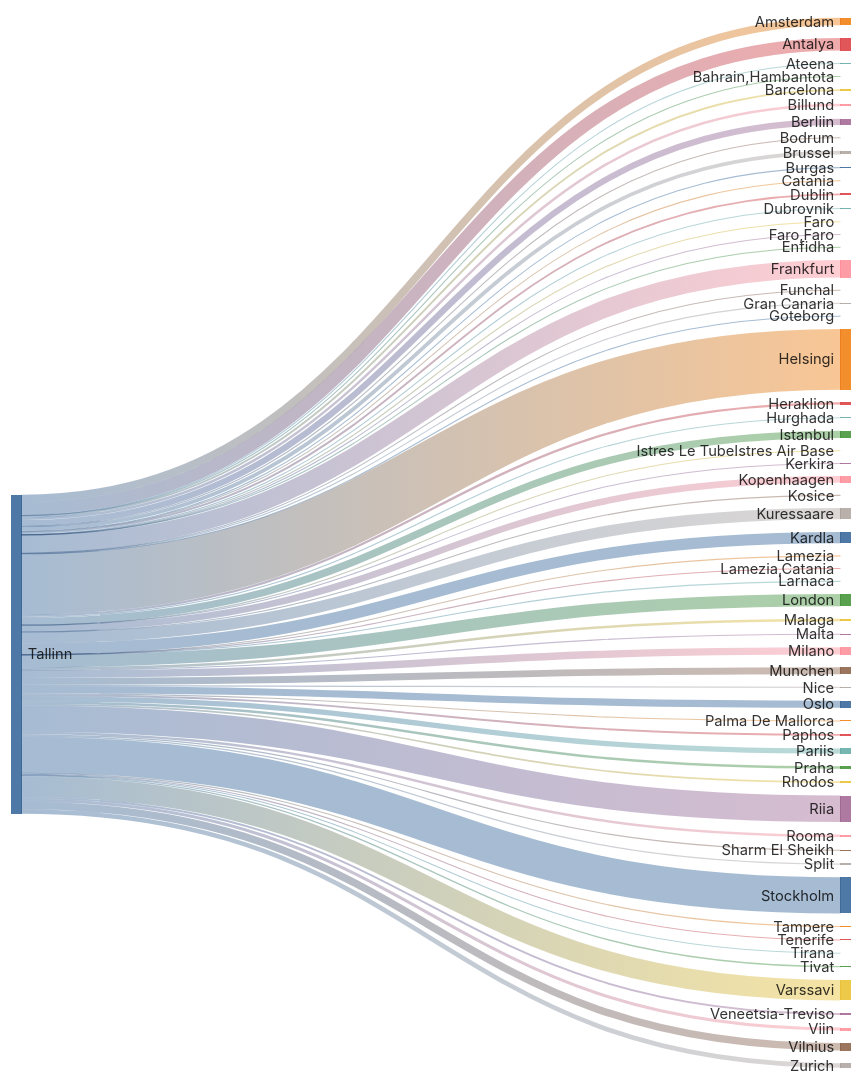
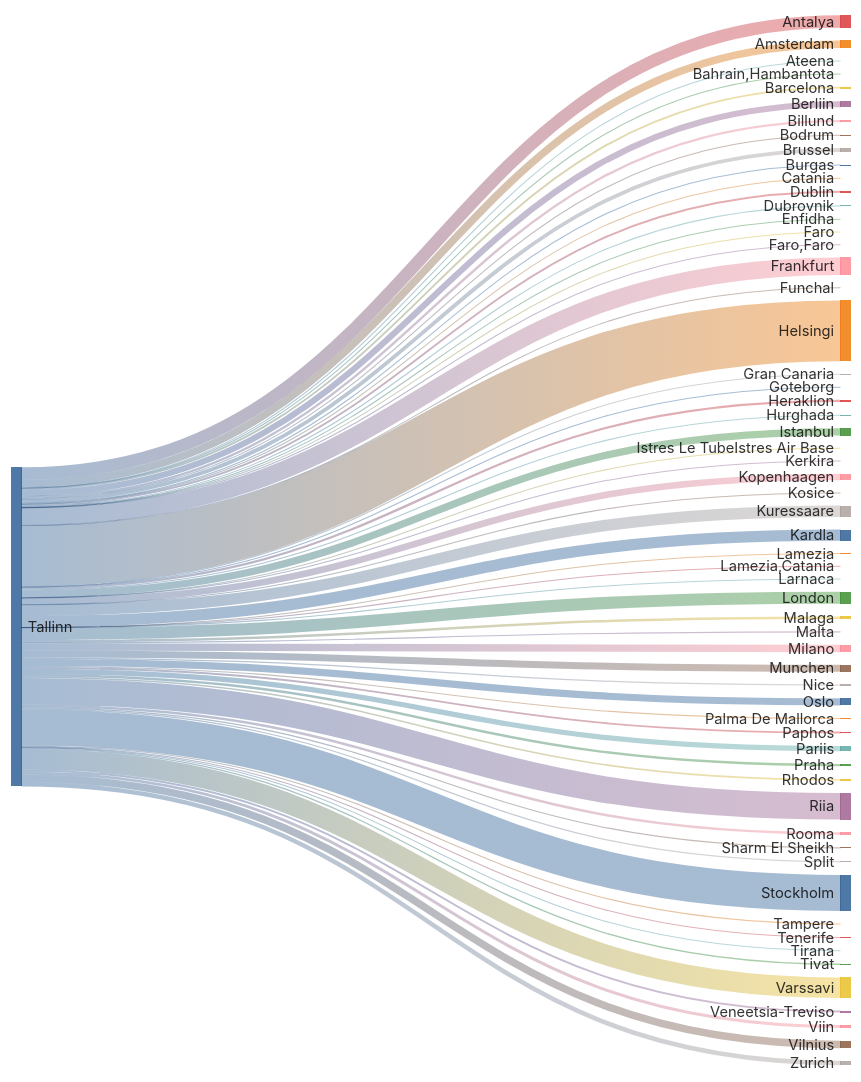
The second of 2 diagrams in README.md (rainermesi/tll-airport-departures), drawn with Mermaid before and after one commit. The commit also changed other lines of this file, not shown here.

````diff
--- a/README.md
+++ b/README.md
@@ -34,72 +34,72 @@
 ```mermaid
 ---
 config:
   sankey:
     showValues: false
     width: 800
     height: 1000
 ---
 sankey-beta
 %% source,target,value
-Tallinn,Amsterdam,152
+Tallinn,Amsterdam,153
 Tallinn,Antalya,252
 Tallinn,Ateena,16
 Tallinn,"Bahrain,Hambantota",1
 Tallinn,Barcelona,39
 Tallinn,Berliin,124
 Tallinn,Billund,49
 Tallinn,Bodrum,11
-Tallinn,Brussel,76
+Tallinn,Brussel,77
 Tallinn,Burgas,21
 Tallinn,Catania,2
 Tallinn,Dublin,38
 Tallinn,Dubrovnik,21
 Tallinn,Enfidha,7
 Tallinn,Faro,4
 Tallinn,"Faro,Faro",1
-Tallinn,Frankfurt,353
+Tallinn,Frankfurt,355
 Tallinn,Funchal,5
-Tallinn,Gran Canaria,13
+Tallinn,Gran Canaria,14
 Tallinn,Goteborg,1
-Tallinn,Helsingi,1217
+Tallinn,Helsingi,1226
 Tallinn,Heraklion,46
 Tallinn,Hurghada,19
-Tallinn,Istanbul,146
+Tallinn,Istanbul,147
 Tallinn,Istres Le TubeIstres Air Base,2
 Tallinn,Kerkira,4
-Tallinn,Kopenhaagen,133
+Tallinn,Kopenhaagen,134
 Tallinn,Kosice,1
-Tallinn,Kuressaare,227
-Tallinn,Kardla,227
+Tallinn,Kuressaare,229
+Tallinn,Kardla,229
 Tallinn,Lamezia,1
 Tallinn,"Lamezia,Catania",3
 Tallinn,Larnaca,4
-Tallinn,London,243
+Tallinn,London,245
 Tallinn,Malaga,50
 Tallinn,Malta,15
-Tallinn,Milano,148
-Tallinn,Munchen,140
+Tallinn,Milano,149
+Tallinn,Munchen,141
 Tallinn,Nice,25
-Tallinn,Oslo,144
+Tallinn,Oslo,145
 Tallinn,Palma De Mallorca,19
 Tallinn,Paphos,37
 Tallinn,Pariis,106
 Tallinn,Praha,49
 Tallinn,Rhodos,32
-Tallinn,Riia,529
-Tallinn,Rooma,50
+Tallinn,Riia,533
+Tallinn,Rooma,51
 Tallinn,Sharm El Sheikh,24
 Tallinn,Split,25
-Tallinn,Stockholm,724
+Tallinn,Stockholm,726
 Tallinn,Tampere,17
-Tallinn,Tenerife,19
+Tallinn,Tenerife,20
 Tallinn,Tirana,8
 Tallinn,Tivat,26
-Tallinn,Varssavi,411
+Tallinn,Varssavi,414
 Tallinn,Veneetsia-Treviso,38
 Tallinn,Viin,60
-Tallinn,Vilnius,149
+Tallinn,Vilnius,150
 Tallinn,Zurich,92
 
 
 ```
````
